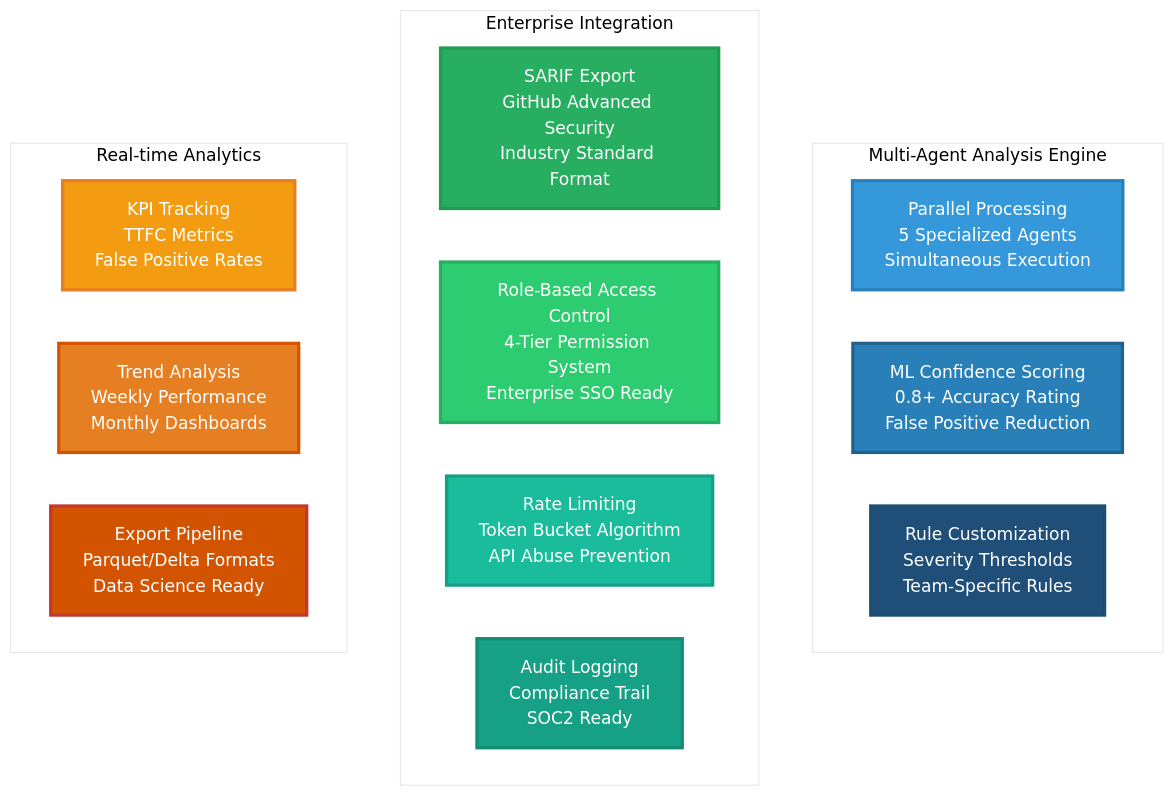
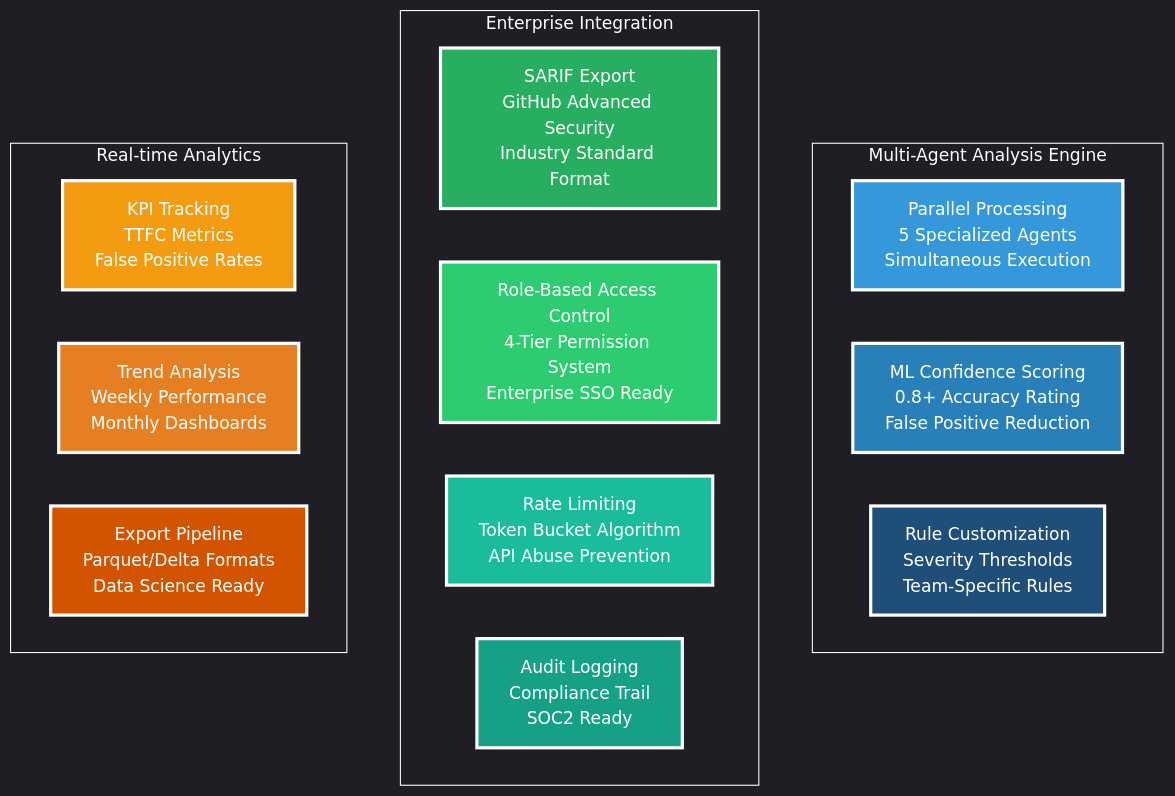
One commit to PriscillaOng12/AI-Code-Review-Squad changed the eighth of 20 diagrams in README.md. Above: the diagram before and after it, drawn with Mermaid. The commit also changed other lines of this file, not shown here.

````diff
--- a/README.md
+++ b/README.md
@@ -254,35 +254,35 @@
 ```mermaid
-%%{init: {'theme': 'base', 'themeVariables': {'primaryColor': '#ffffff', 'primaryTextColor': '#2c3e50', 'primaryBorderColor': '#2c3e50', 'lineColor': '#34495e', 'secondaryColor': '#ffffff', 'tertiaryColor': '#ffffff', 'background': '#ffffff', 'mainBkg': '#ffffff', 'secondBkg': '#ffffff', 'tertiaryBkg': '#ffffff'}}}%%
+%%{init: {'theme': 'dark', 'themeVariables': {'primaryColor': 'transparent', 'primaryTextColor': '#ffffff', 'primaryBorderColor': '#ffffff', 'lineColor': '#ffffff', 'secondaryColor': 'transparent', 'tertiaryColor': 'transparent', 'background': 'transparent', 'mainBkg': 'transparent', 'secondBkg': 'transparent', 'tertiaryBkg': 'transparent', 'clusterBkg': 'transparent', 'clusterBorder': '#ffffff', 'edgeLabelBackground': 'transparent'}}}%%
 graph TB
     subgraph "Multi-Agent Analysis Engine"
         PARALLEL[Parallel Processing<br/>5 Specialized Agents<br/>Simultaneous Execution]
         CONFIDENCE[ML Confidence Scoring<br/>0.8+ Accuracy Rating<br/>False Positive Reduction]
         CUSTOM[Rule Customization<br/>Severity Thresholds<br/>Team-Specific Rules]
     end
     
     subgraph "Enterprise Integration"
         SARIF[SARIF Export<br/>GitHub Advanced Security<br/>Industry Standard Format]
         RBAC[Role-Based Access Control<br/>4-Tier Permission System<br/>Enterprise SSO Ready]
         RATE[Rate Limiting<br/>Token Bucket Algorithm<br/>API Abuse Prevention]
         AUDIT[Audit Logging<br/>Compliance Trail<br/>SOC2 Ready]
     end
     
     subgraph "Real-time Analytics"
         KPI[KPI Tracking<br/>TTFC Metrics<br/>False Positive Rates]
         TREND[Trend Analysis<br/>Weekly Performance<br/>Monthly Dashboards]
         EXPORT[Export Pipeline<br/>Parquet/Delta Formats<br/>Data Science Ready]
     end
     
-    style PARALLEL fill:#3498db,stroke:#2980b9,stroke-width:3px,color:#ffffff
-    style CONFIDENCE fill:#2980b9,stroke:#21618c,stroke-width:3px,color:#ffffff
-    style CUSTOM fill:#1f4e79,stroke:#1b4f72,stroke-width:3px,color:#ffffff
+    style PARALLEL fill:#3498db,stroke:#ffffff,stroke-width:3px,color:#ffffff
+    style CONFIDENCE fill:#2980b9,stroke:#ffffff,stroke-width:3px,color:#ffffff
+    style CUSTOM fill:#1f4e79,stroke:#ffffff,stroke-width:3px,color:#ffffff
     
-    style SARIF fill:#27ae60,stroke:#229954,stroke-width:3px,color:#ffffff
-    style RBAC fill:#2ecc71,stroke:#27ae60,stroke-width:3px,color:#ffffff
-    style RATE fill:#1abc9c,stroke:#16a085,stroke-width:3px,color:#ffffff
-    style AUDIT fill:#16a085,stroke:#138d75,stroke-width:3px,color:#ffffff
+    style SARIF fill:#27ae60,stroke:#ffffff,stroke-width:3px,color:#ffffff
+    style RBAC fill:#2ecc71,stroke:#ffffff,stroke-width:3px,color:#ffffff
+    style RATE fill:#1abc9c,stroke:#ffffff,stroke-width:3px,color:#ffffff
+    style AUDIT fill:#16a085,stroke:#ffffff,stroke-width:3px,color:#ffffff
     
-    style KPI fill:#f39c12,stroke:#e67e22,stroke-width:3px,color:#ffffff
-    style TREND fill:#e67e22,stroke:#d35400,stroke-width:3px,color:#ffffff
-    style EXPORT fill:#d35400,stroke:#c0392b,stroke-width:3px,color:#ffffff
+    style KPI fill:#f39c12,stroke:#ffffff,stroke-width:3px,color:#ffffff
+    style TREND fill:#e67e22,stroke:#ffffff,stroke-width:3px,color:#ffffff
+    style EXPORT fill:#d35400,stroke:#ffffff,stroke-width:3px,color:#ffffff
 ```
````
